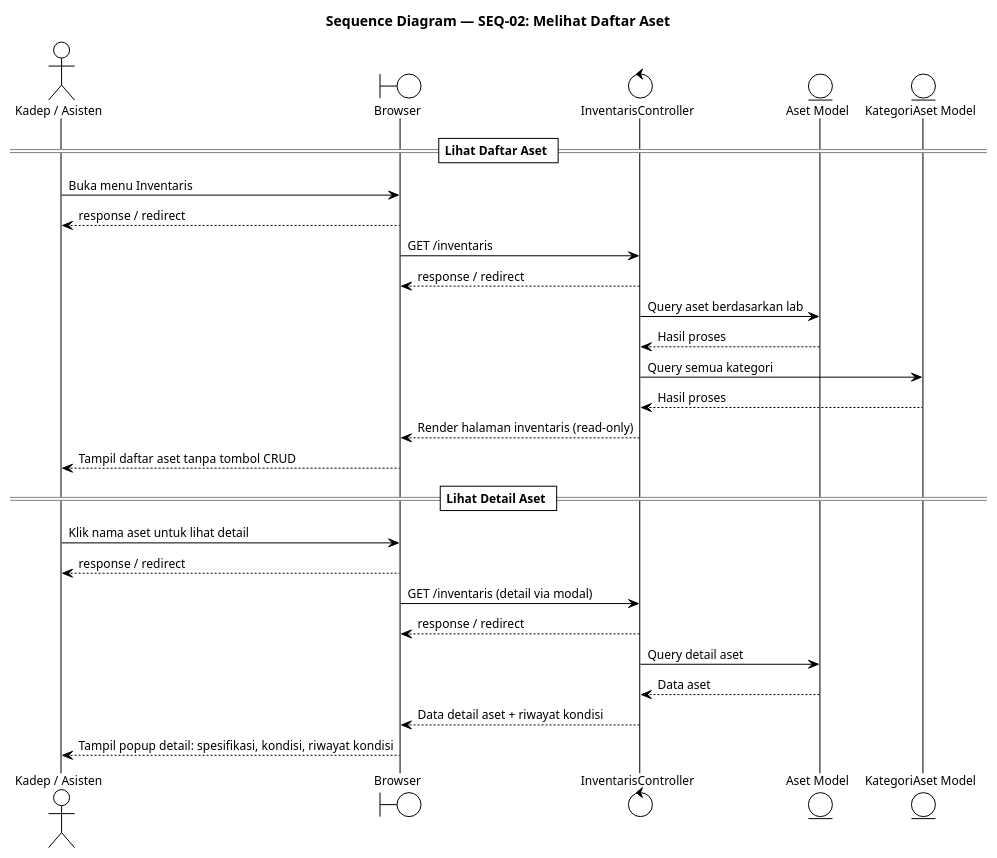
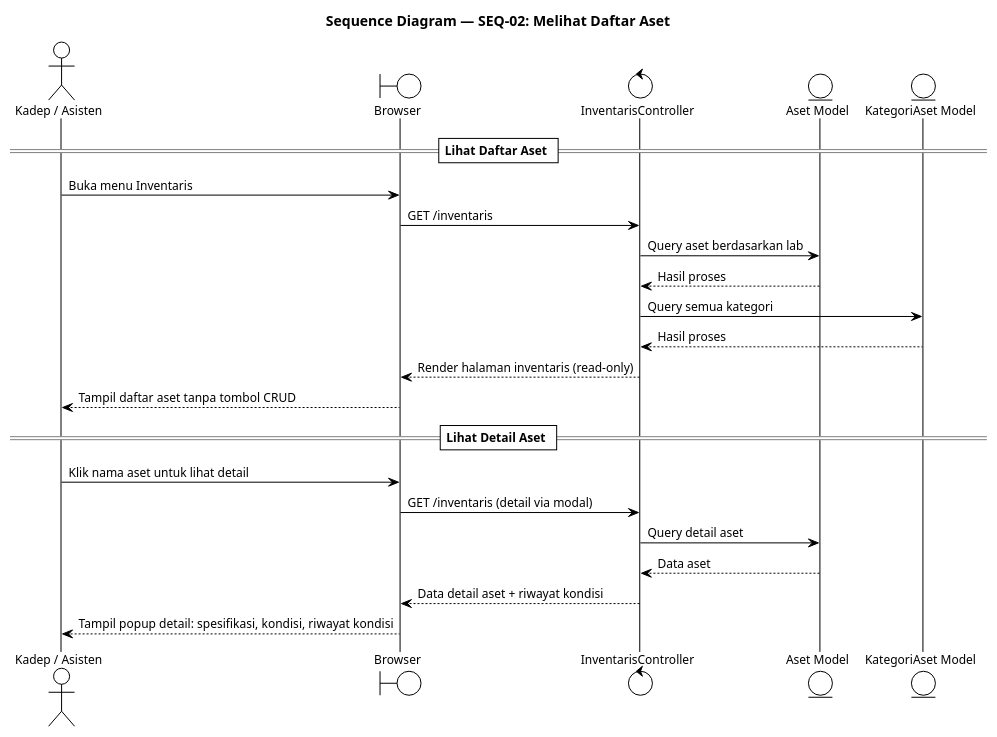
Before and after one commit to Habiboys/SILAB-DSI: the diagram in docs/inventaris/sequence/SEQ_02_MELIHAT_DAFTAR_ASET.puml, drawn with PlantUML. The commit also changed 126 other files, not shown here.

```diff
--- a/docs/inventaris/sequence/SEQ_02_MELIHAT_DAFTAR_ASET.puml
+++ b/docs/inventaris/sequence/SEQ_02_MELIHAT_DAFTAR_ASET.puml
@@ -1,37 +1,37 @@
 @startuml SEQ_02_MELIHAT_DAFTAR_ASET
 !theme plain
 skinparam defaultFontSize 12
 skinparam TitleFontSize 14
 title Sequence Diagram — SEQ-02: Melihat Daftar Aset
 
 actor       "Kadep / Asisten"        as User
 boundary    "Browser"                as Browser
 control     "InventarisController"   as Controller
 entity      "Aset Model"       as ModelDA
 entity      "KategoriAset Model"     as ModelKA
 
 == Lihat Daftar Aset ==
 
 User    -> Browser     : Buka menu Inventaris
-Browser --> User : response / redirect
+
 Browser -> Controller  : GET /inventaris
-Controller --> Browser : response / redirect
+
 Controller -> ModelDA  : Query aset berdasarkan lab
 ModelDA --> Controller : Hasil proses
 Controller -> ModelKA  : Query semua kategori
 ModelKA --> Controller : Hasil proses
 Controller --> Browser : Render halaman inventaris (read-only)
 Browser --> User       : Tampil daftar aset tanpa tombol CRUD
 
 == Lihat Detail Aset ==
 
 User    -> Browser     : Klik nama aset untuk lihat detail
-Browser --> User : response / redirect
+
 Browser -> Controller  : GET /inventaris (detail via modal)
-Controller --> Browser : response / redirect
+
 Controller -> ModelDA  : Query detail aset
 ModelDA --> Controller : Data aset
 Controller --> Browser : Data detail aset + riwayat kondisi
 Browser --> User       : Tampil popup detail: spesifikasi, kondisi, riwayat kondisi
 
 @enduml
```
